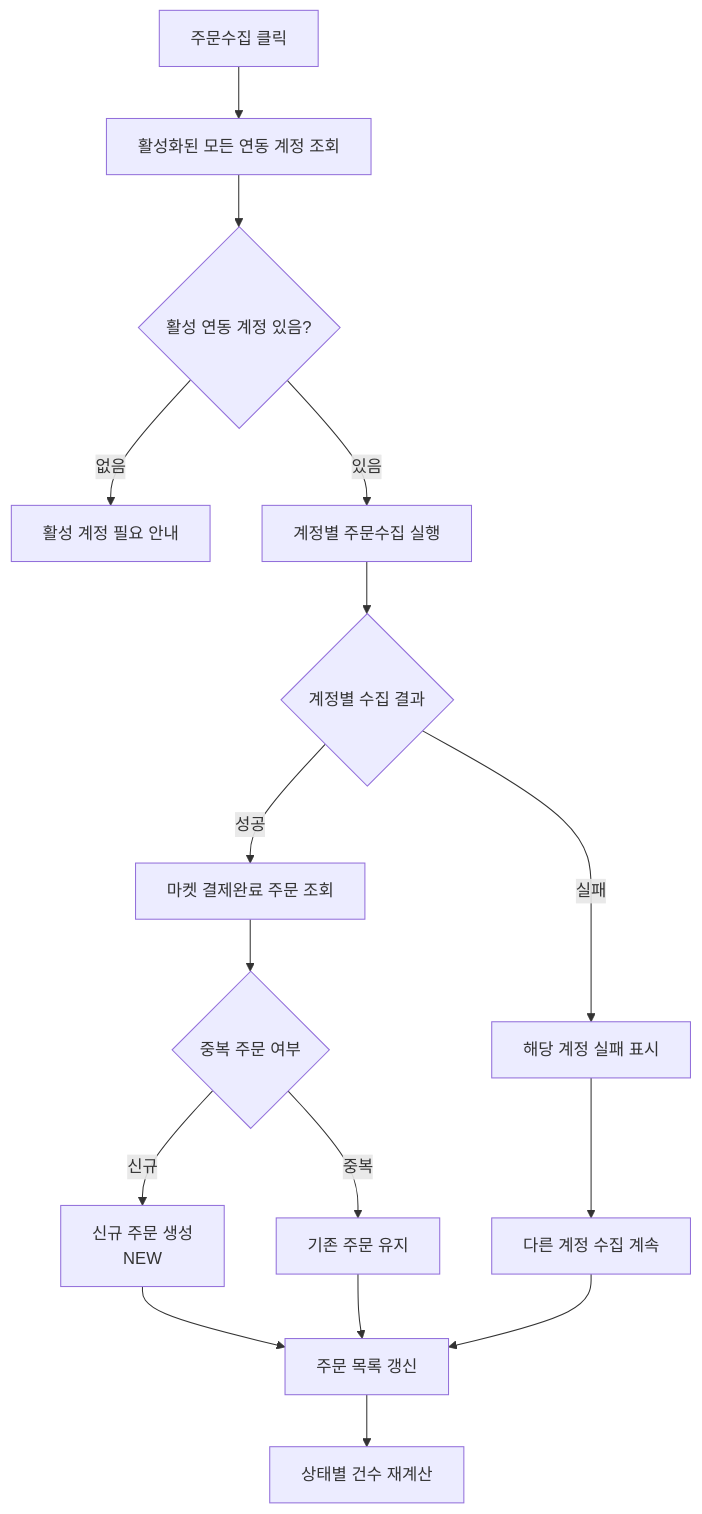
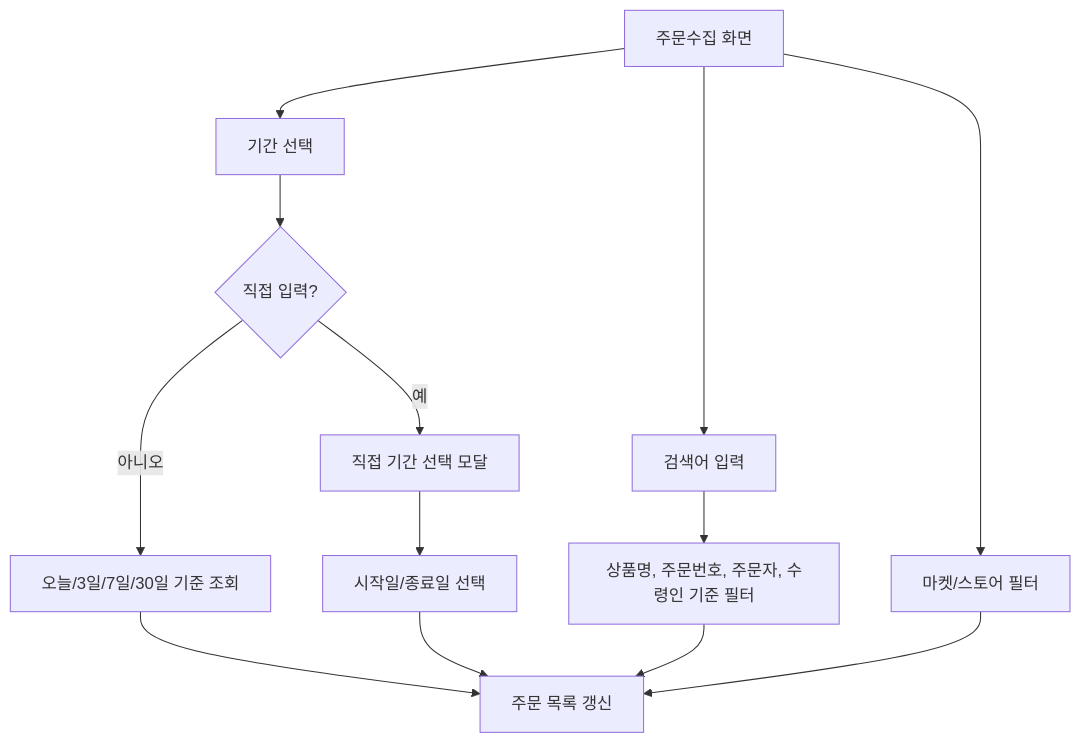
Before and after one commit to moonceo/Jmpp: the third of 4 diagrams in docs/08_유저플로우/02_마켓연동_및_주문수집_유저플로우.md, drawn with Mermaid. The commit also changed other lines of this file and 71 other files, not shown here.

````diff
--- a/docs/08_유저플로우/02_마켓연동_및_주문수집_유저플로우.md
+++ b/docs/08_유저플로우/02_마켓연동_및_주문수집_유저플로우.md
@@ -53,21 +71,15 @@
 ```mermaid
 flowchart TD
-    A["주문수집 클릭"] --> B["활성화된 모든 연동 계정 조회"]
-    B --> C{"활성 연동 계정 있음?"}
-    C -->|"없음"| D["활성 계정 필요 안내"]
-    C -->|"있음"| E["계정별 주문수집 실행"]
-
-    E --> F{"계정별 수집 결과"}
-    F -->|"성공"| G["마켓 결제완료 주문 조회"]
-    F -->|"실패"| H["해당 계정 실패 표시"]
-    H --> I["다른 계정 수집 계속"]
-
-    G --> J{"중복 주문 여부"}
-    J -->|"신규"| K["신규 주문 생성<br/>NEW"]
-    J -->|"중복"| L["기존 주문 유지"]
-
-    K --> M["주문 목록 갱신"]
-    L --> M
-    I --> M
-    M --> N["상태별 건수 재계산"]
+    A["주문수집 화면"] --> B["기간 선택"]
+    B --> C{"직접 입력?"}
+    C -->|"아니오"| D["오늘/3일/7일/30일 기준 조회"]
+    C -->|"예"| E["직접 기간 선택 모달"]
+    E --> F["시작일/종료일 선택"]
+    A --> G["검색어 입력"]
+    G --> H["상품명, 주문번호, 주문자, 수령인 기준 필터"]
+    A --> I["마켓/스토어 필터"]
+    D --> J["주문 목록 갱신"]
+    F --> J
+    H --> J
+    I --> J
 ```
````
